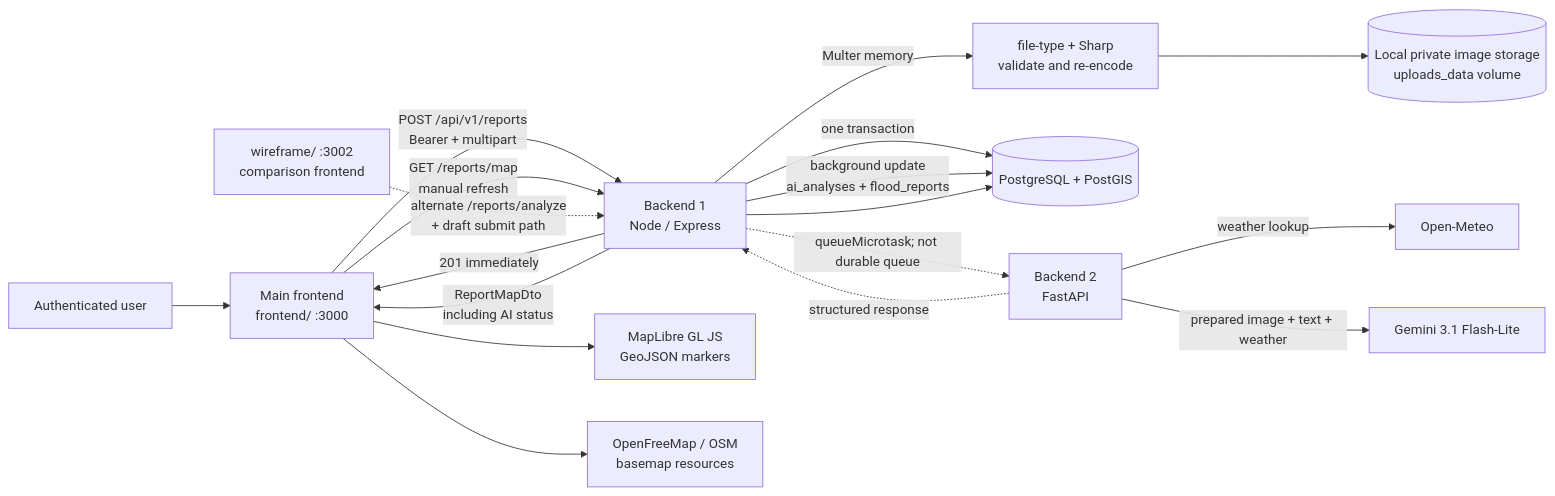
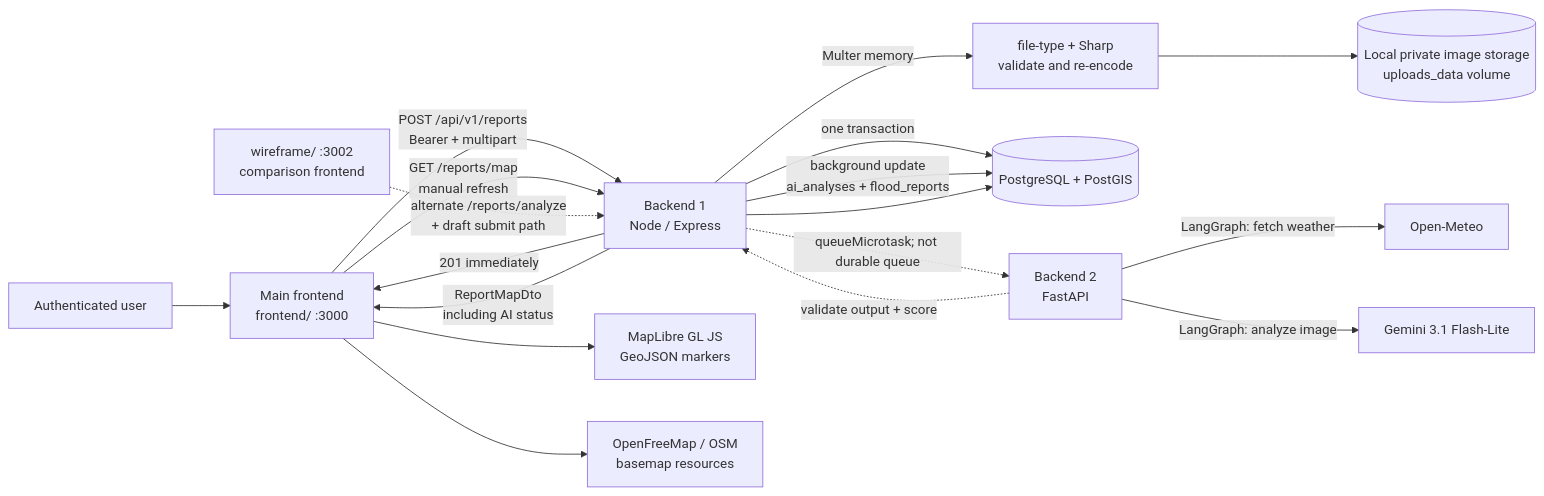
One commit to axdy02/FloodReady changed the diagram in docs/milestone2/01-architecture.md. Above: the diagram before and after it, drawn with Mermaid. The commit also changed other lines of this file and 6 other files, not shown here.

````diff
--- a/docs/milestone2/01-architecture.md
+++ b/docs/milestone2/01-architecture.md
@@ -11,19 +11,19 @@
 ```mermaid
 flowchart LR
   U["Authenticated user"] --> F["Main frontend\nfrontend/ :3000"]
   F -->|POST /api/v1/reports\nBearer + multipart| B1["Backend 1\nNode / Express"]
   B1 -->|Multer memory| V["file-type + Sharp\nvalidate and re-encode"]
   V --> S[("Local private image storage\nuploads_data volume")]
   B1 -->|one transaction| DB[("PostgreSQL + PostGIS")]
   B1 -->|201 immediately| F
   B1 -. "queueMicrotask; not durable queue" .-> B2["Backend 2\nFastAPI"]
-  B2 -->|weather lookup| W["Open-Meteo"]
-  B2 -->|prepared image + text + weather| AI["Gemini 3.1 Flash-Lite"]
-  B2 -. "structured response" .-> B1
+  B2 -->|LangGraph: fetch weather| W["Open-Meteo"]
+  B2 -->|LangGraph: analyze image| AI["Gemini 3.1 Flash-Lite"]
+  B2 -. "validate output + score" .-> B1
   B1 -->|background update\nai_analyses + flood_reports| DB
   F -->|GET /reports/map\nmanual refresh| B1 --> DB
   B1 -->|ReportMapDto\nincluding AI status| F --> M["MapLibre GL JS\nGeoJSON markers"]
   F --> T["OpenFreeMap / OSM\nbasemap resources"]
 
   WF["wireframe/ :3002\ncomparison frontend"] -. "alternate /reports/analyze\n+ draft submit path" .-> B1
 ```
````
